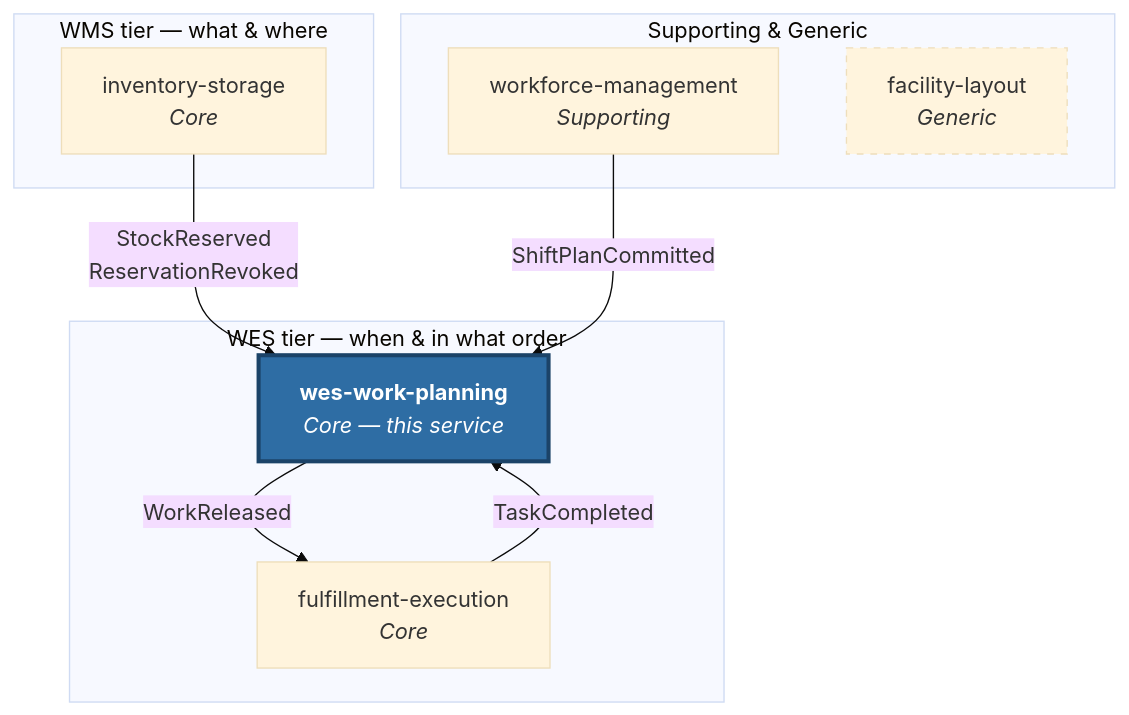
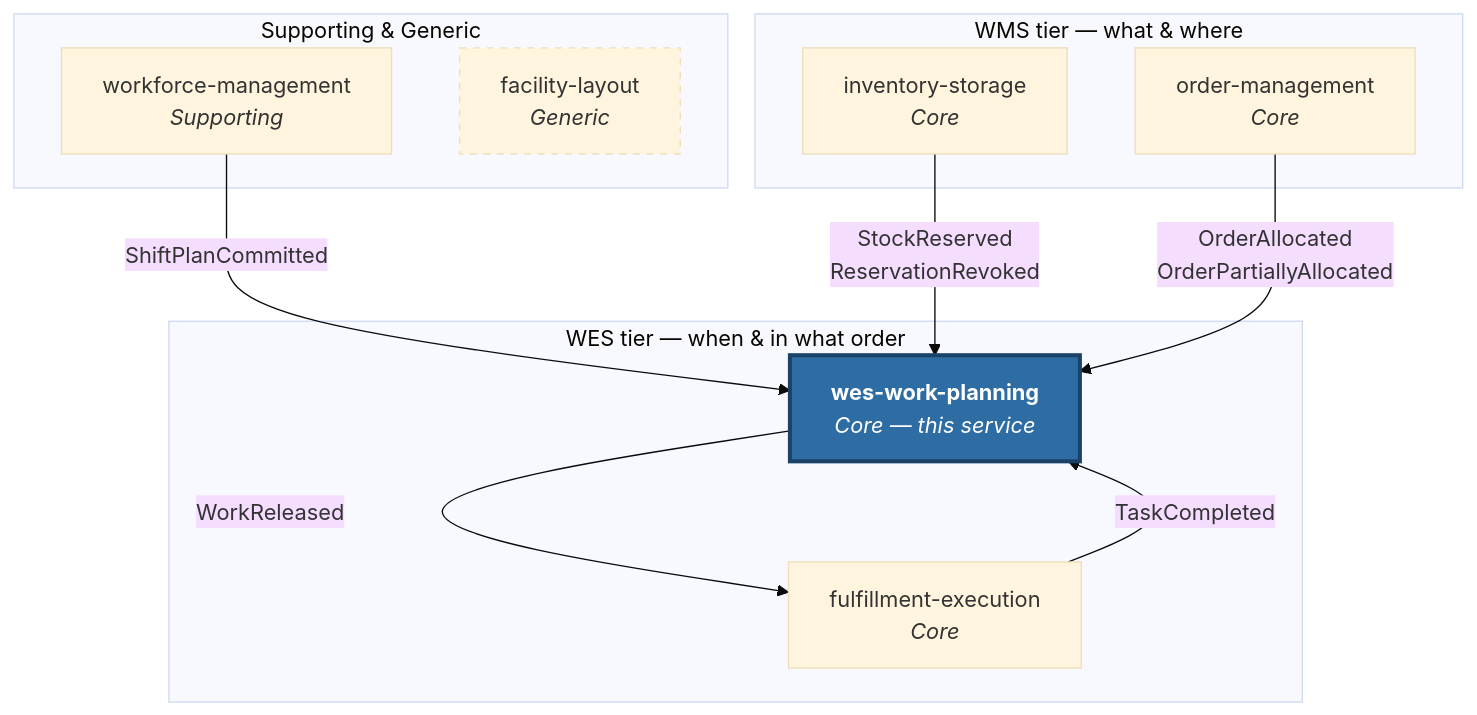
The diagram in docs/docs/ecosystem/index.md (claudioed/wes-work-planning), drawn with Mermaid (base theme) before and after one commit. The commit also changed other lines of this file and 5 other files, not shown here.

First line of the commit message:
docs: document the 4th consumed topic, warehouse.order-management.events

````diff
--- a/docs/docs/ecosystem/index.md
+++ b/docs/docs/ecosystem/index.md
@@ -24,22 +24,24 @@
 ```mermaid
 flowchart TB
     subgraph wms["WMS tier — what &amp; where"]
         INV["inventory-storage<br/><i>Core</i>"]
+        OM["order-management<br/><i>Core</i>"]
     end
     subgraph wes["WES tier — when &amp; in what order"]
         WP["<b>wes-work-planning</b><br/><i>Core — this service</i>"]
         FE["fulfillment-execution<br/><i>Core</i>"]
     end
     subgraph sup["Supporting &amp; Generic"]
         WM["workforce-management<br/><i>Supporting</i>"]
         FL["facility-layout<br/><i>Generic</i>"]
     end
 
     INV -->|"StockReserved<br/>ReservationRevoked"| WP
     WM -->|"ShiftPlanCommitted"| WP
+    OM -->|"OrderAllocated<br/>OrderPartiallyAllocated"| WP
     WP -->|"WorkReleased"| FE
     FE -->|"TaskCompleted"| WP
 
     style WP fill:#2e6da4,color:#ffffff,stroke:#1b4368,stroke-width:3px
     style FL stroke-dasharray: 5 5
 ```
````
